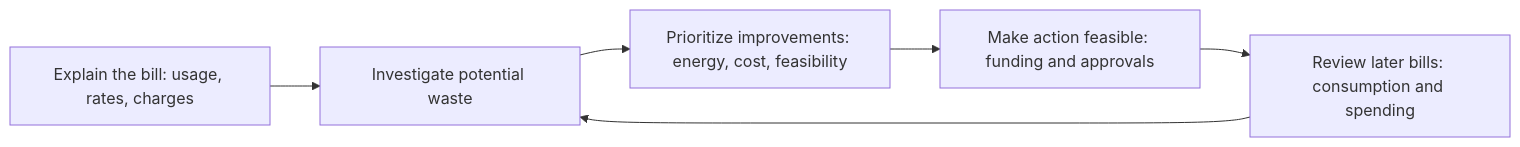
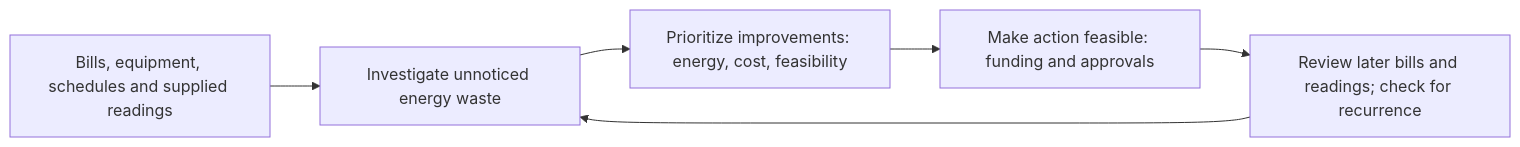
The first of 2 diagrams in README.md (Fredess74/benji), drawn with Mermaid before and after one commit. The commit also changed other lines of this file and 2 other files, not shown here.

Commit message:
Center the problem on unnoticed energy waste and add operational-efficiency evidence

````diff
--- a/README.md
+++ b/README.md
@@ -44,8 +53,8 @@
 ```mermaid
 flowchart LR
-    A["Explain the bill: usage, rates, charges"] --> B["Investigate potential waste"]
+    A["Bills, equipment, schedules and supplied readings"] --> B["Investigate unnoticed energy waste"]
     B --> C["Prioritize improvements: energy, cost, feasibility"]
     C --> D["Make action feasible: funding and approvals"]
-    D --> E["Review later bills: consumption and spending"]
+    D --> E["Review later bills and readings; check for recurrence"]
     E --> B
 ```
````
